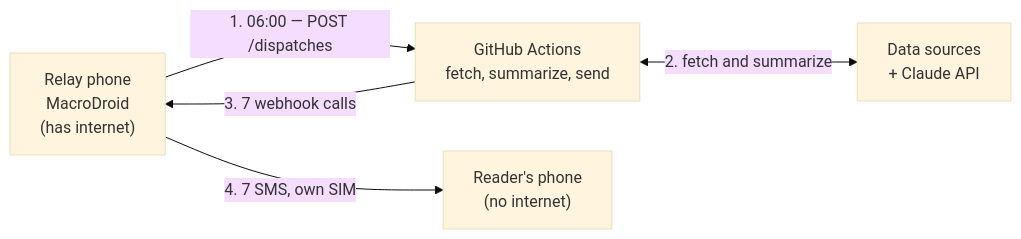
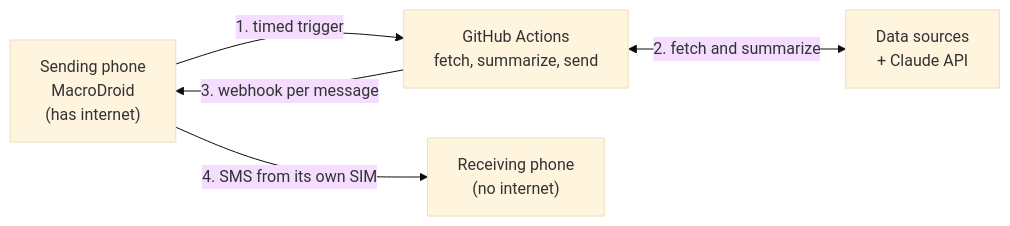
Before and after one commit to haktanonur/morning-wire: the diagram in README.md, drawn with Mermaid (base theme). The commit also changed other lines of this file and 5 other files, not shown here.

````diff
--- a/README.md
+++ b/README.md
@@ -35,12 +33,12 @@
 ```mermaid
 flowchart LR
-    P["Relay phone<br/>MacroDroid<br/>(has internet)"]
+    P["Sending phone<br/>MacroDroid<br/>(has internet)"]
     G["GitHub Actions<br/>fetch, summarize, send"]
     S["Data sources<br/>+ Claude API"]
-    R["Reader's phone<br/>(no internet)"]
+    R["Receiving phone<br/>(no internet)"]
 
-    P -->|"1. 06:00 — POST /dispatches"| G
+    P -->|"1. timed trigger"| G
     G <-->|"2. fetch and summarize"| S
-    G -->|"3. 7 webhook calls"| P
-    P -->|"4. 7 SMS, own SIM"| R
+    G -->|"3. webhook per message"| P
+    P -->|"4. SMS from its own SIM"| R
 ```
````
